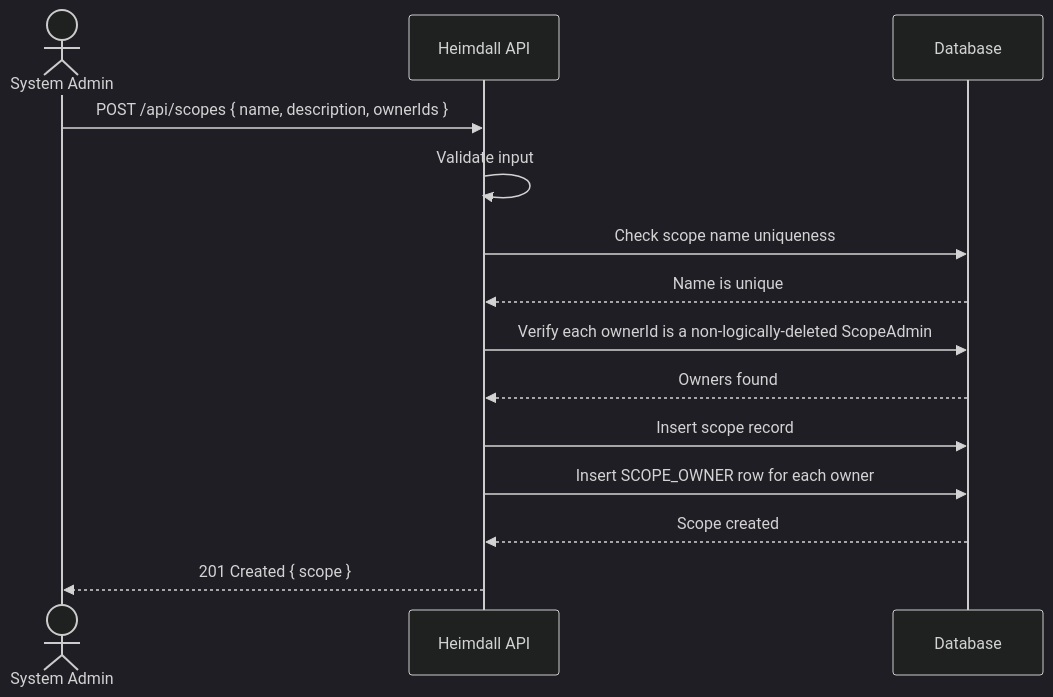
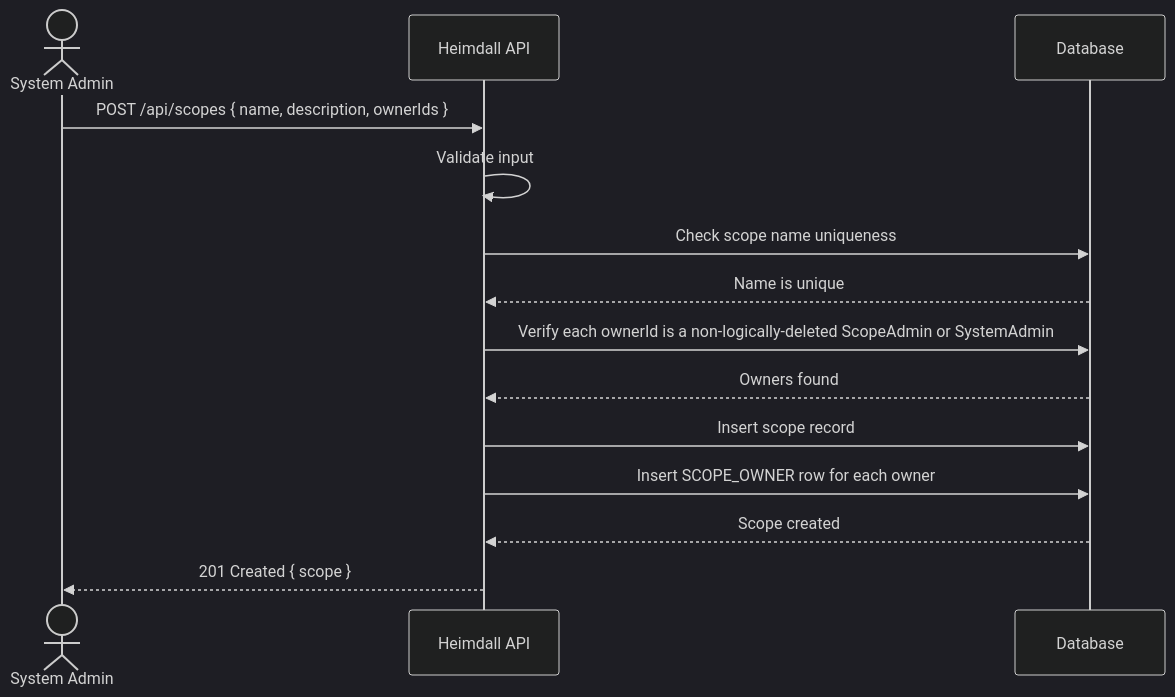
One commit to artur-rios/heimdall-api changed the second of 27 diagrams in docs/requirements/Use Case Specification Document.md. Above: the diagram before and after it, drawn with Mermaid (dark theme). The commit also changed other lines of this file and 30 other files, not shown here.

First line of the commit message:
fix: let a system admin own a scope

````diff
--- a/docs/requirements/Use Case Specification Document.md
+++ b/docs/requirements/Use Case Specification Document.md
@@ -153,17 +153,17 @@
 ```mermaid
 sequenceDiagram
     actor SA as System Admin
     participant API as Heimdall API
     participant DB as Database
 
     SA->>API: POST /api/scopes { name, description, ownerIds }
     API->>API: Validate input
     API->>DB: Check scope name uniqueness
     DB-->>API: Name is unique
-    API->>DB: Verify each ownerId is a non-logically-deleted ScopeAdmin
+    API->>DB: Verify each ownerId is a non-logically-deleted ScopeAdmin or SystemAdmin
     DB-->>API: Owners found
     API->>DB: Insert scope record
     API->>DB: Insert SCOPE_OWNER row for each owner
     DB-->>API: Scope created
     API-->>SA: 201 Created { scope }
 ```
````
